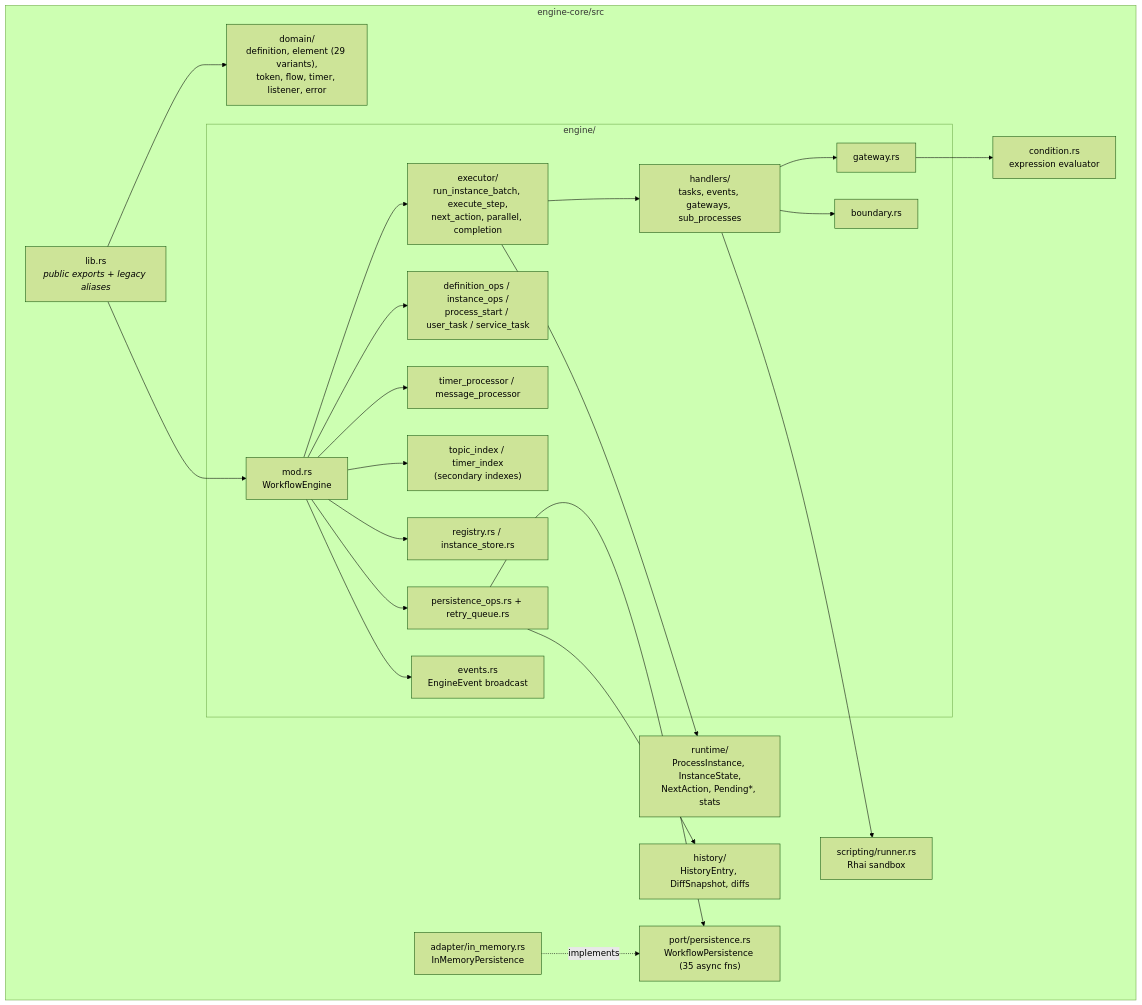
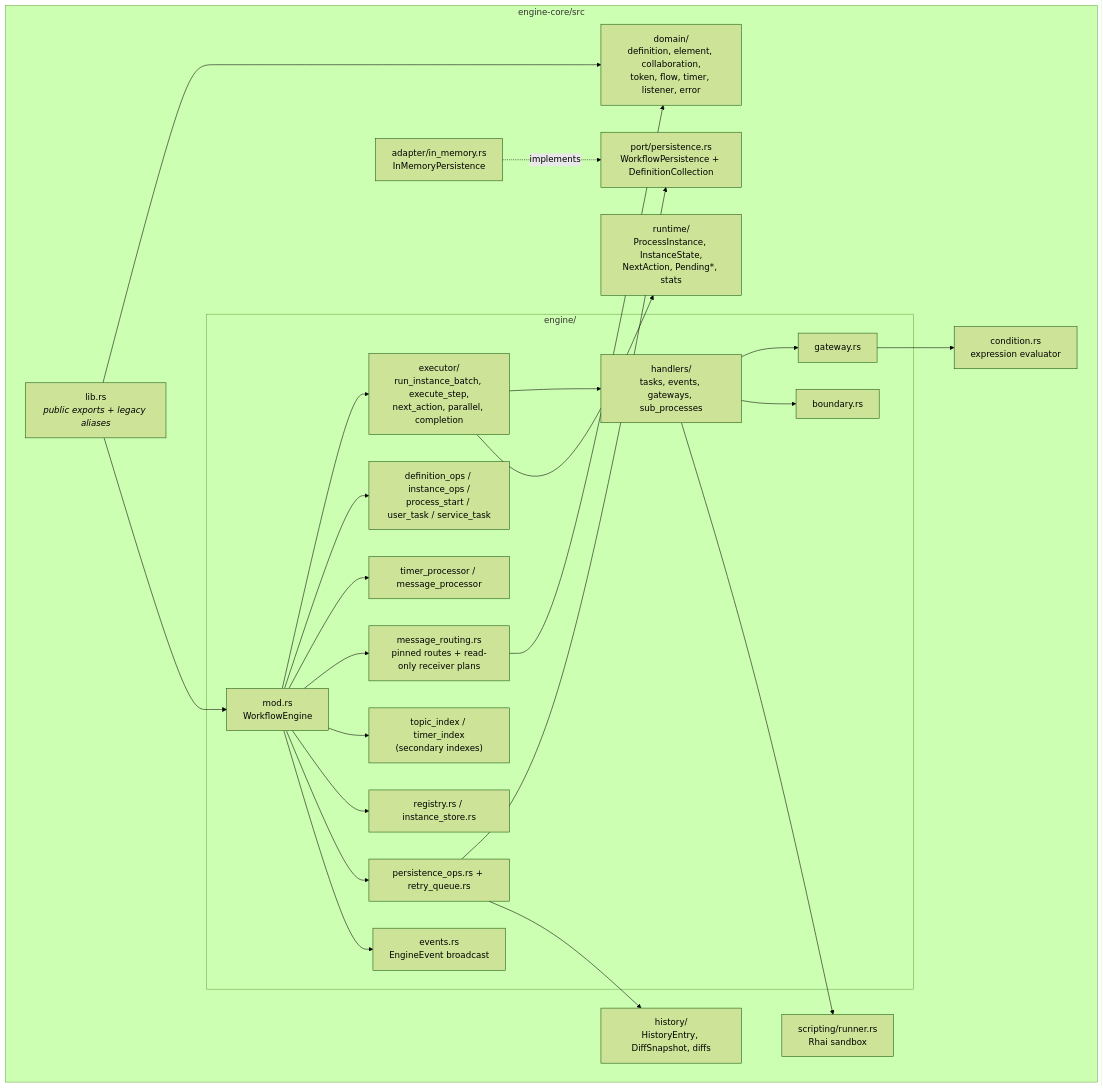
The second of 9 diagrams in docs/architecture.md (maatini/bpmninja), drawn with Mermaid (forest theme) before and after one commit. The commit also changed other lines of this file and 19 other files, not shown here.

````diff
--- a/docs/architecture.md
+++ b/docs/architecture.md
@@ -58,46 +58,49 @@
 ```mermaid
 graph TB
     subgraph "engine-core/src"
         LIB["lib.rs<br/><i>public exports + legacy aliases</i>"]
-        DOMAIN["domain/<br/>definition, element (29 variants),<br/>token, flow, timer, listener, error"]
+        DOMAIN["domain/<br/>definition, element, collaboration,<br/>token, flow, timer, listener, error"]
         RUNTIME["runtime/<br/>ProcessInstance, InstanceState,<br/>NextAction, Pending*, stats"]
-        PORT["port/persistence.rs<br/>WorkflowPersistence (35 async fns)"]
+        PORT["port/persistence.rs<br/>WorkflowPersistence + DefinitionCollection"]
         ADAPTER["adapter/in_memory.rs<br/>InMemoryPersistence"]
         HIST["history/<br/>HistoryEntry, DiffSnapshot, diffs"]
         SCRIPT["scripting/runner.rs<br/>Rhai sandbox"]
         COND["condition.rs<br/>expression evaluator"]
 
         subgraph "engine/"
             MOD["mod.rs<br/>WorkflowEngine"]
             EXEC["executor/<br/>run_instance_batch, execute_step,<br/>next_action, parallel, completion"]
             HANDLERS["handlers/<br/>tasks, events, gateways, sub_processes"]
             GW["gateway.rs"]
             BOUND["boundary.rs"]
             OPS["definition_ops / instance_ops /<br/>process_start / user_task / service_task"]
             PROC["timer_processor / message_processor"]
+            ROUTES["message_routing.rs<br/>pinned routes + read-only receiver plans"]
             IDX["topic_index / timer_index<br/>(secondary indexes)"]
             STORE["registry.rs / instance_store.rs"]
             PERSIST["persistence_ops.rs + retry_queue.rs"]
             EVT["events.rs<br/>EngineEvent broadcast"]
         end
     end
 
     LIB --> DOMAIN
     LIB --> MOD
     MOD --> EXEC
     EXEC --> HANDLERS
     HANDLERS --> GW
     HANDLERS --> BOUND
     HANDLERS --> SCRIPT
     GW --> COND
     MOD --> OPS
     MOD --> PROC
+    MOD --> ROUTES
+    ROUTES --> DOMAIN
     MOD --> IDX
     MOD --> STORE
     MOD --> PERSIST
     MOD --> EVT
     PERSIST --> PORT
     PERSIST --> HIST
     ADAPTER -. implements .-> PORT
     EXEC --> RUNTIME
 ```
````
